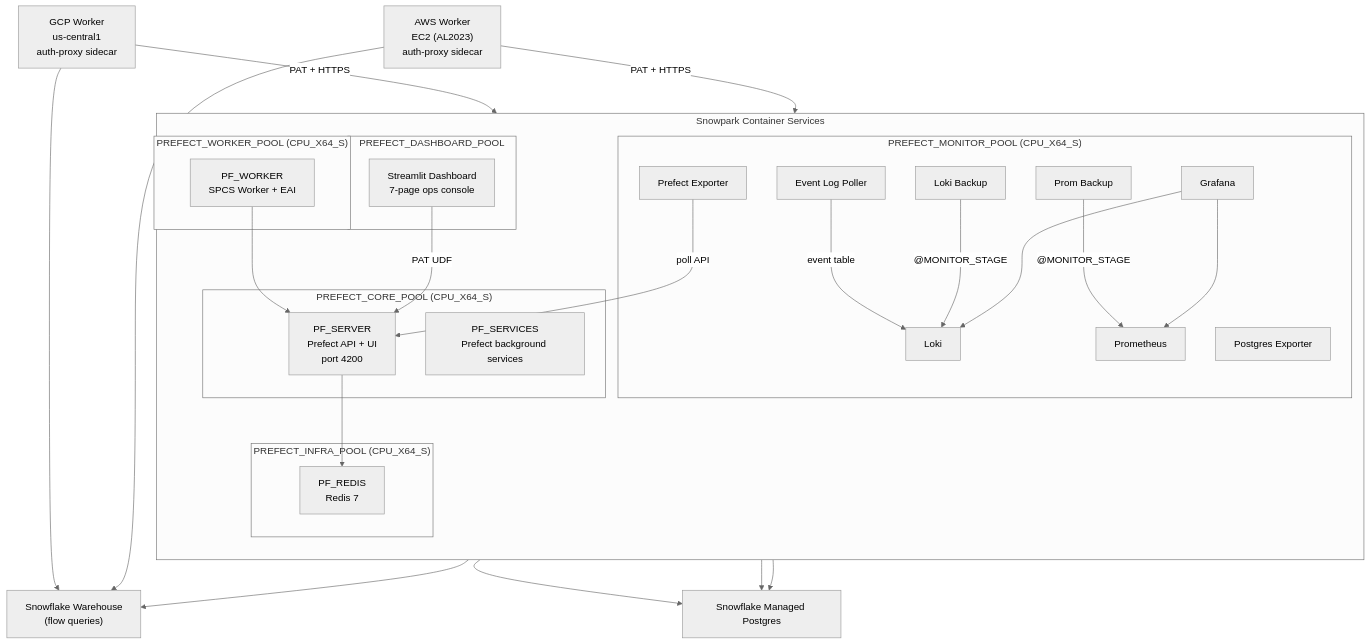
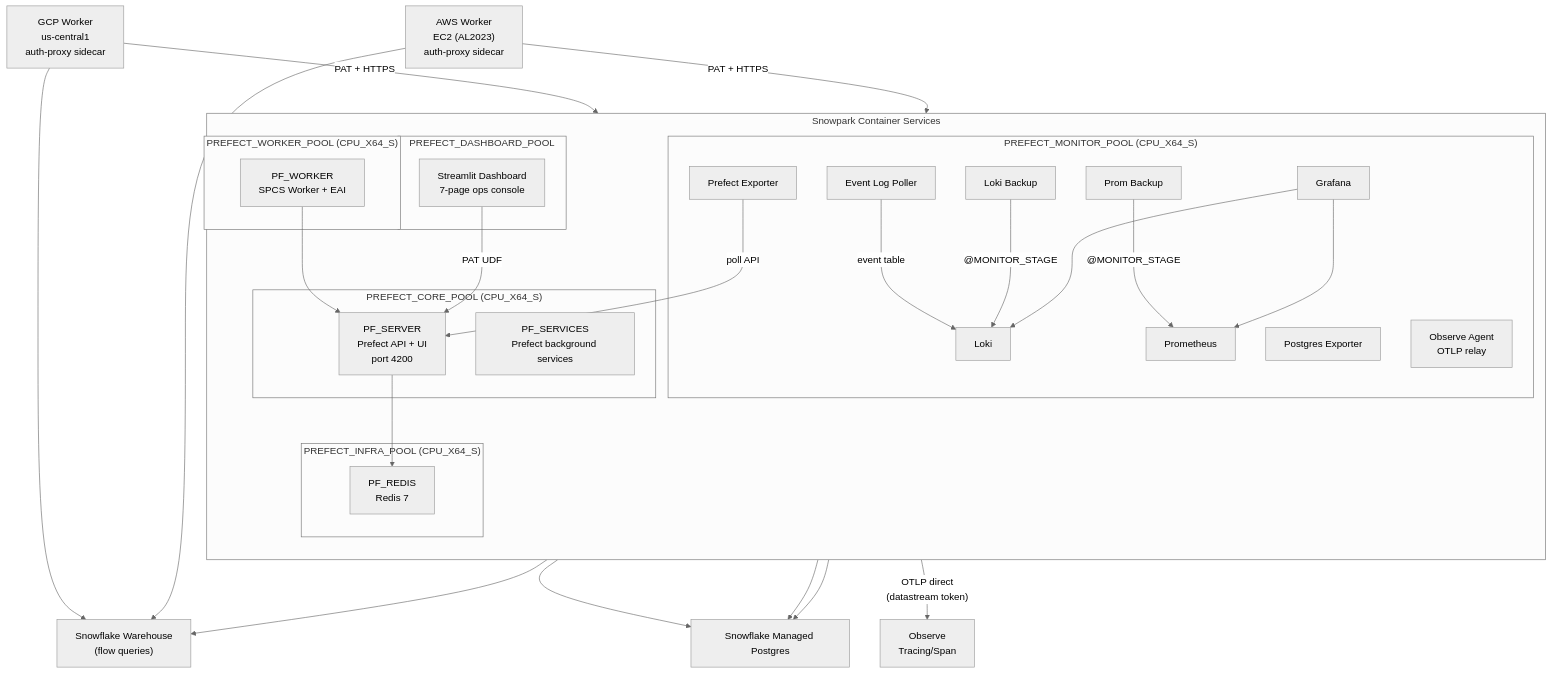
The diagram in README.md (sfc-gh-jkang/prefect-on-snowflake), drawn with Mermaid (neutral theme) before and after one commit. The commit also changed other lines of this file and 38 other files, not shown here.

First line of the commit message:
Add complete Observe data pipeline: direct OTLP traces, Prometheus remote_write, Loki log dual-write

````diff
--- a/README.md
+++ b/README.md
@@ -41,52 +49,54 @@
 ```mermaid
 graph TB
     subgraph SPCS["Snowpark Container Services"]
         direction TB
         subgraph CORE["PREFECT_CORE_POOL (CPU_X64_S)"]
             SERVER["PF_SERVER<br/>Prefect API + UI<br/>port 4200"]
             SERVICES["PF_SERVICES<br/>Prefect background services"]
         end
         subgraph INFRA["PREFECT_INFRA_POOL (CPU_X64_S)"]
             REDIS["PF_REDIS<br/>Redis 7"]
         end
         subgraph WORKER_POOL["PREFECT_WORKER_POOL (CPU_X64_S)"]
             WORKER["PF_WORKER<br/>SPCS Worker + EAI"]
         end
         subgraph MON["PREFECT_MONITOR_POOL (CPU_X64_S)"]
             PROM["Prometheus"]
             GRAFANA["Grafana"]
             LOKI["Loki"]
             EXPORTER["Prefect Exporter"]
             POLLER["Event Log Poller"]
             PG_EXP["Postgres Exporter"]
             PROM_BK["Prom Backup"]
             LOKI_BK["Loki Backup"]
+            OBS_AGENT["Observe Agent<br/>OTLP relay"]
         end
         subgraph DASH["PREFECT_DASHBOARD_POOL"]
             SIS["Streamlit Dashboard<br/>7-page ops console"]
         end
     end
 
     PG["Snowflake Managed Postgres"]
     SF["Snowflake Warehouse<br/>(flow queries)"]
     GCP["GCP Worker<br/>us-central1<br/>auth-proxy sidecar"]
     AWS["AWS Worker<br/>EC2 (AL2023)<br/>auth-proxy sidecar"]
 
     SERVER --> PG
     SERVER --> REDIS
     SERVICES --> PG
     WORKER --> SERVER
     WORKER --> SF
     GCP -->|"PAT + HTTPS"| SERVER
     AWS -->|"PAT + HTTPS"| SERVER
     GCP --> SF
     AWS --> SF
     EXPORTER -->|"poll API"| SERVER
     PG_EXP --> PG
     POLLER -->|"event table"| LOKI
     PROM_BK -->|"@MONITOR_STAGE"| PROM
     LOKI_BK -->|"@MONITOR_STAGE"| LOKI
+    WORKER -->|"OTLP direct<br/>(datastream token)"| OBSERVE["Observe<br/>Tracing/Span"]
     GRAFANA --> PROM
     GRAFANA --> LOKI
     SIS -->|"PAT UDF"| SERVER
 ```
````
